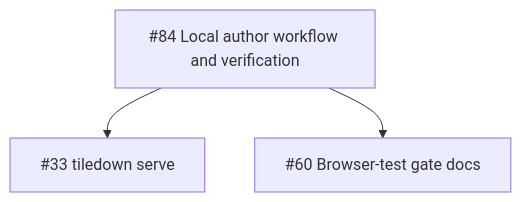
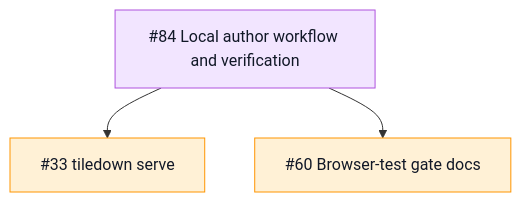
The seventh of 9 diagrams in README.md (TileDown/tile-down), drawn with Mermaid before and after one commit. The commit also changed other lines of this file, not shown here.

Commit message:
docs(readme): color code roadmap status

````diff
--- a/README.md
+++ b/README.md
@@ -97,6 +142,9 @@
 ```mermaid
 flowchart TD
-  Epic["#84 Local author workflow and verification"]
-  Epic --> Serve["#33 tiledown serve"]
-  Epic --> BrowserGate["#60 Browser-test gate docs"]
+  Epic["#84 Local author workflow and verification"]:::epic
+  Epic --> Serve["#33 tiledown serve"]:::todo
+  Epic --> BrowserGate["#60 Browser-test gate docs"]:::todo
+
+  classDef epic fill:#f2e5ff,stroke:#af52de,color:#111827
+  classDef todo fill:#fff1d6,stroke:#ff9500,color:#111827
 ```
````
